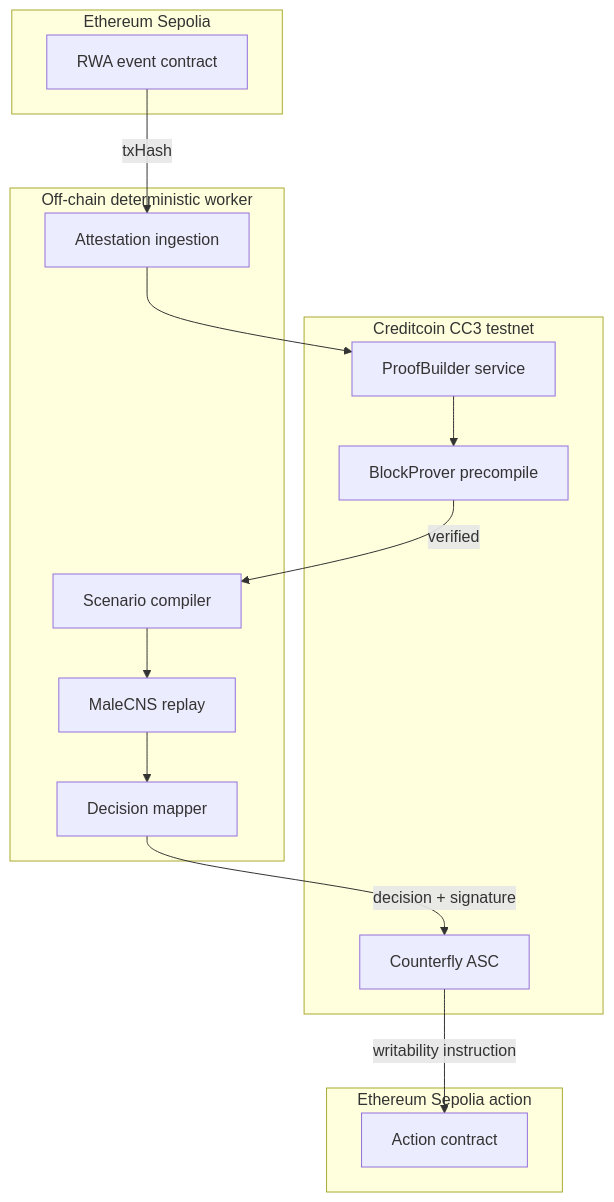
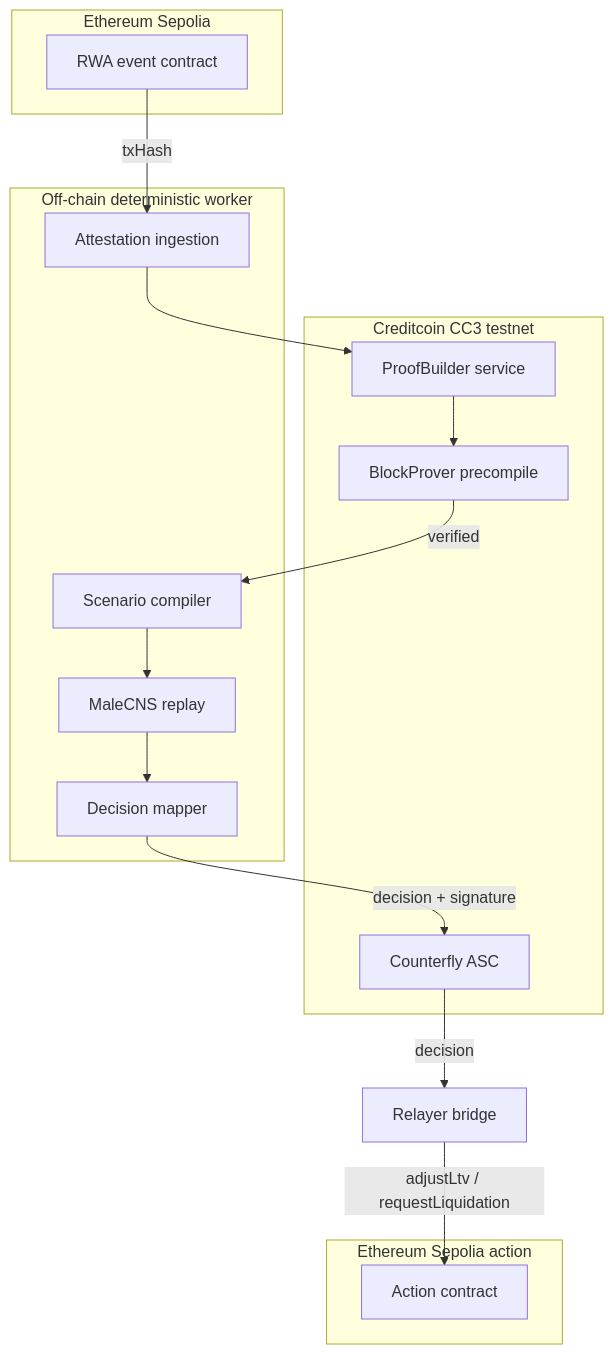
Before and after one commit to rectinajh/counterfly: the diagram in docs/TECHNICAL.md, drawn with Mermaid. The commit also changed other lines of this file and 10 other files, not shown here.

````diff
--- a/docs/TECHNICAL.md
+++ b/docs/TECHNICAL.md
@@ -15,32 +15,33 @@
 ```mermaid
 flowchart TB
     subgraph Source["Ethereum Sepolia"]
         EVT["RWA event contract"]
     end
 
     subgraph Creditcoin["Creditcoin CC3 testnet"]
         PB["ProofBuilder service"]
         BP["BlockProver precompile"]
         ASC["Counterfly ASC"]
     end
 
     subgraph Worker["Off-chain deterministic worker"]
         ING["Attestation ingestion"]
         SC["Scenario compiler"]
         REP["MaleCNS replay"]
         DEC["Decision mapper"]
     end
 
     subgraph Target["Ethereum Sepolia action"]
         ACT["Action contract"]
     end
 
     EVT -->|"txHash"| ING
     ING --> PB
     PB --> BP
     BP -->|"verified"| SC
     SC --> REP
     REP --> DEC
     DEC -->|"decision + signature"| ASC
-    ASC -->|"writability instruction"| ACT
+    ASC -->|"decision"| RELAY["Relayer bridge"]
+    RELAY -->|"adjustLtv / requestLiquidation"| ACT
 ```
````
